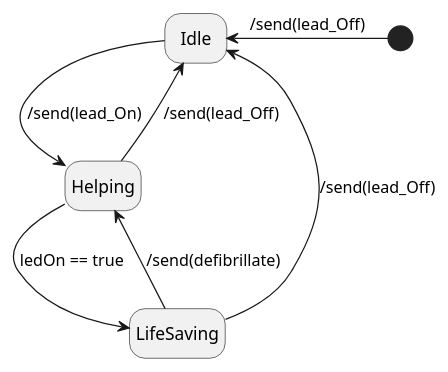
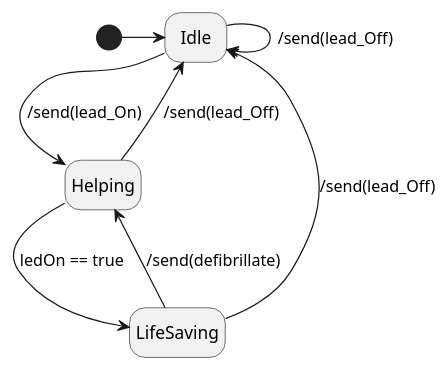
One commit to Pyponou/defibrillator changed the diagram in plantuml/User.puml. Above: the diagram before and after it, drawn with PlantUML. The commit also changed 2 other files, not shown here.

```diff
--- a/plantuml/User.puml
+++ b/plantuml/User.puml
@@ -1,11 +1,12 @@
 @startuml
 hide empty description
-[*] -left-> Idle : /send(lead_Off)
+[*] -right-> Idle
 
+Idle --> Idle : /send(lead_Off)
 Idle --> Helping : /send(lead_On)
 Helping --> Idle : /send(lead_Off)
 Helping -> LifeSaving : ledOn == true
 LifeSaving --> Helping : /send(defibrillate)
 LifeSaving --> Idle :  /send(lead_Off)
 
 @enduml
```
